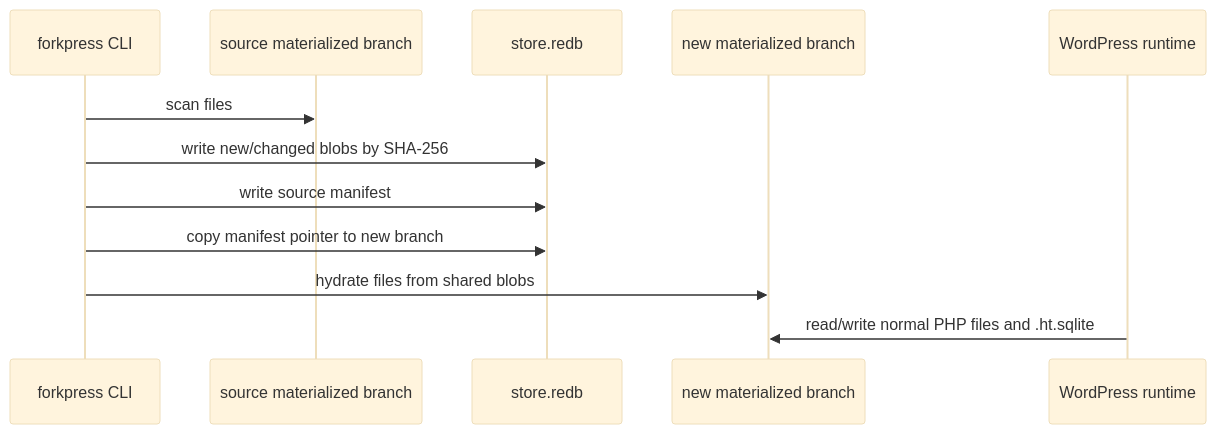
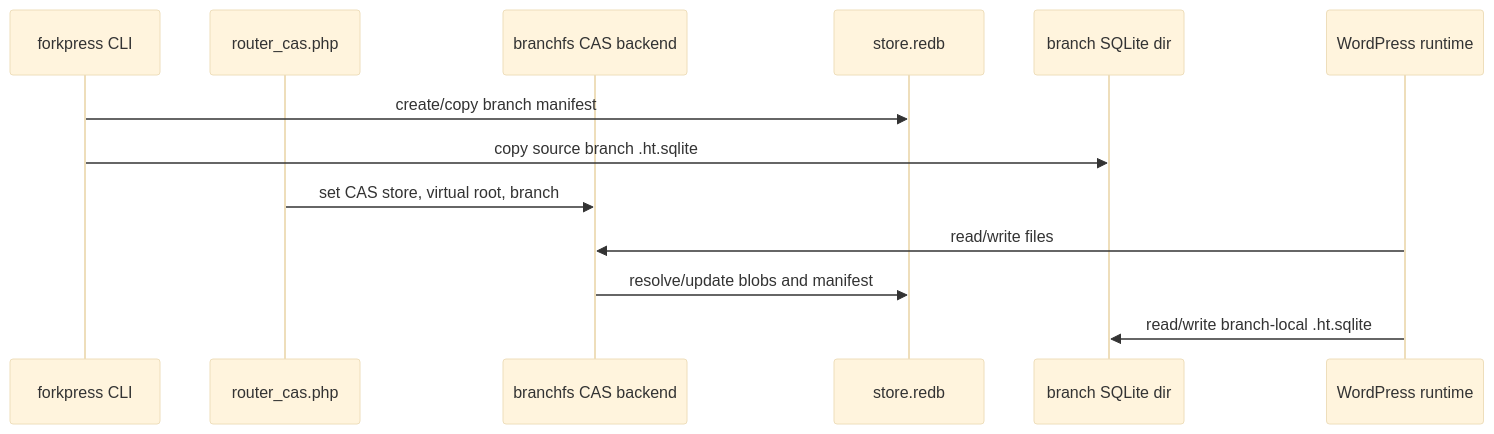
Before and after one commit to Automattic/forkpress: the second of 4 diagrams in docs/storage-drivers.md, drawn with Mermaid (base theme). The commit also changed other lines of this file and 18 other files, not shown here.

Commit message:
Add lazy Redb CAS storage backend

````diff
--- a/docs/storage-drivers.md
+++ b/docs/storage-drivers.md
@@ -116,15 +121,16 @@
 ```mermaid
 sequenceDiagram
     participant CLI as forkpress CLI
-    participant Source as source materialized branch
+    participant Router as router_cas.php
+    participant BranchFS as branchfs CAS backend
     participant Redb as store.redb
-    participant Dest as new materialized branch
+    participant DB as branch SQLite dir
     participant WP as WordPress runtime
 
-    CLI->>Source: scan files
-    CLI->>Redb: write new/changed blobs by SHA-256
-    CLI->>Redb: write source manifest
-    CLI->>Redb: copy manifest pointer to new branch
-    CLI->>Dest: hydrate files from shared blobs
-    WP->>Dest: read/write normal PHP files and .ht.sqlite
+    CLI->>Redb: create/copy branch manifest
+    CLI->>DB: copy source branch .ht.sqlite
+    Router->>BranchFS: set CAS store, virtual root, branch
+    WP->>BranchFS: read/write files
+    BranchFS->>Redb: resolve/update blobs and manifest
+    WP->>DB: read/write branch-local .ht.sqlite
 ```
````
